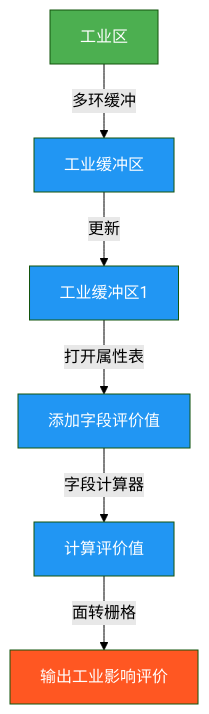
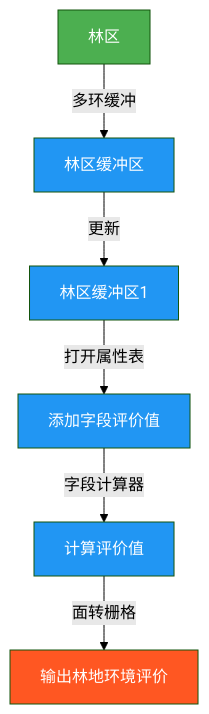
Before and after one commit to newguser/iodraw-files: the diagram in all/未命名.md, drawn with Mermaid (forest theme).

Commit message:
2025-02-27 16:15:45 update

````diff
--- a/all/未命名.md
+++ b/all/未命名.md
@@ -1,13 +1,13 @@
 ```mermaid
 graph TD
-    A[工业区] -->|多环缓冲| B[工业缓冲区]
-    B -->|更新| C[工业缓冲区1]
+    A[林区] -->|多环缓冲| B[林区缓冲区]
+    B -->|更新| C[林区缓冲区1]
     C -->|打开属性表| D[添加字段评价值]
     D -->|字段计算器| E[计算评价值]
-    E -->|面转栅格| F[输出工业影响评价]
+    E -->|面转栅格| F[输出林地环境评价]
 
     style A fill:#4CAF50,color:white
     style F fill:#FF5722,color:white
     classDef process fill:#2196F3,color:white;
     class B,C,D,E process
 ```
````
